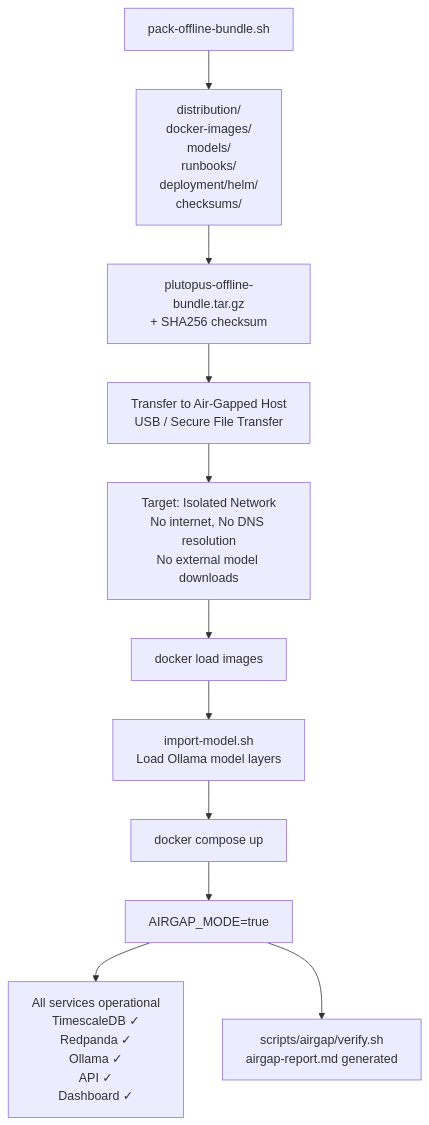
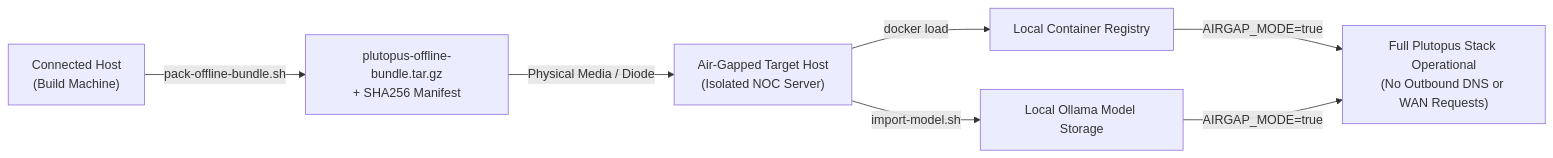
Before and after one commit to ayushkumar2601/Plutopus: the sixth of 7 diagrams in README.md, drawn with Mermaid. The commit also changed other lines of this file, not shown here.

Commit message:
docs: revamp README with high-impact architecture, predictive AI and air-gap specs

````diff
--- a/README.md
+++ b/README.md
@@ -339,18 +418,8 @@
 ```mermaid
-flowchart TD
-    A[pack-offline-bundle.sh] --> B[distribution/\ndocker-images/\nmodels/\nrunbooks/\ndeployment/helm/\nchecksums/]
-    B --> C[plutopus-offline-bundle.tar.gz\n+ SHA256 checksum]
-
-    C --> D[Transfer to Air-Gapped Host\nUSB / Secure File Transfer]
-
-    D --> E[Target: Isolated Network\nNo internet, No DNS resolution\nNo external model downloads]
-
-    E --> F[docker load images]
-    F --> G[import-model.sh\nLoad Ollama model layers]
-    G --> H[docker compose up]
-    H --> I[AIRGAP_MODE=true]
-
-    I --> J[All services operational\nTimescaleDB ✓\nRedpanda ✓\nOllama ✓\nAPI ✓\nDashboard ✓]
-
-    I --> K[scripts/airgap/verify.sh\nairgap-report.md generated]
+flowchart LR
+    A["Connected Host\n(Build Machine)"] -->|pack-offline-bundle.sh| B["plutopus-offline-bundle.tar.gz\n+ SHA256 Manifest"]
+    B -->|Physical Media / Diode| C["Air-Gapped Target Host\n(Isolated NOC Server)"]
+    C -->|docker load| D["Local Container Registry"]
+    C -->|import-model.sh| E["Local Ollama Model Storage"]
+    D & E -->|AIRGAP_MODE=true| F["Full Plutopus Stack Operational\n(No Outbound DNS or WAN Requests)"]
 ```
````
